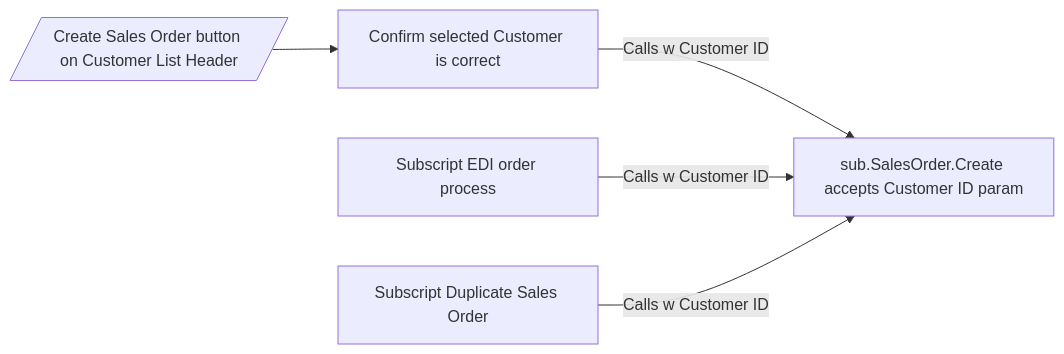
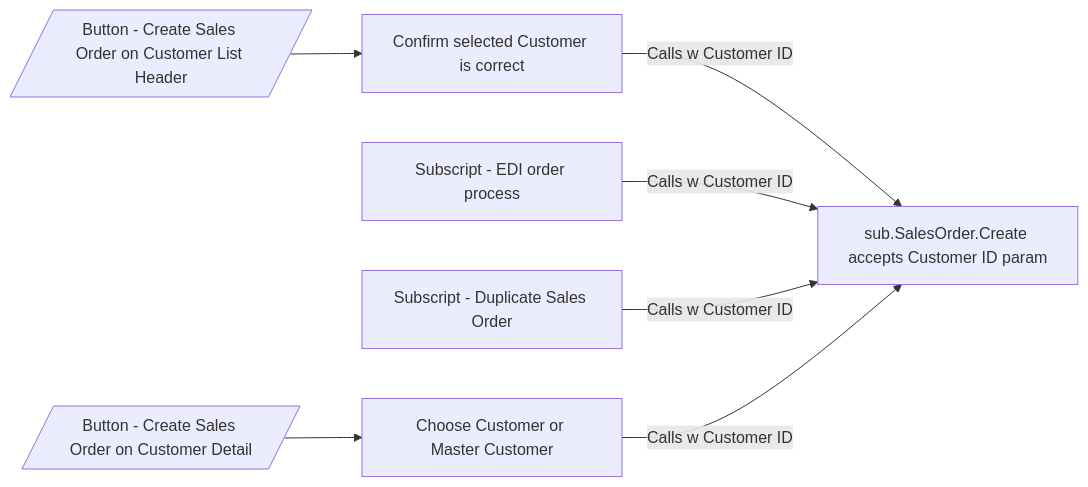
The diagram in Script_Folders_Module.md (CloudChi/FX-Framework), drawn with Mermaid before and after one commit.

````diff
--- a/Script_Folders_Module.md
+++ b/Script_Folders_Module.md
@@ -49,7 +49,9 @@
 ```mermaid
 graph LR
-  A[/Create Sales Order button on Customer List Header/] --> B[Confirm selected Customer is correct] 
-  B -- Calls w Customer ID--> E[sub.SalesOrder.Create accepts Customer ID param] 
-  C[Subscript EDI order process] -- Calls w Customer ID --> E
-  D[Subscript Duplicate Sales Order] -- Calls w Customer ID --> E
+  A[/Button - Create Sales Order on Customer List Header/] --> B[Confirm selected Customer is correct] 
+  B -- Calls w Customer ID--> G[sub.SalesOrder.Create accepts Customer ID param] 
+  C[Subscript - EDI order process] -- Calls w Customer ID --> G
+  D[Subscript - Duplicate Sales Order] -- Calls w Customer ID --> G
+  E[/Button - Create Sales Order on Customer Detail/] --> F[Choose Customer or Master Customer] 
+  F -- Calls w Customer ID--> G[sub.SalesOrder.Create accepts Customer ID param] 
 ```
````
